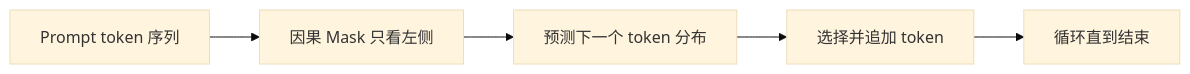
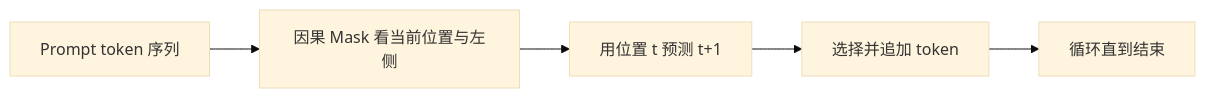
One commit to luyunix/nlp_study changed the first of 3 diagrams in notes/foundation-models/06-gpt-introduction.md. Above: the diagram before and after it, drawn with Mermaid (base theme). The commit also changed other lines of this file and 66 other files, not shown here.

````diff
--- a/notes/foundation-models/06-gpt-introduction.md
+++ b/notes/foundation-models/06-gpt-introduction.md
@@ -17,12 +17,12 @@
 ```mermaid
 flowchart LR
     N0["Prompt token 序列"]
-    N1["因果 Mask 只看左侧"]
-    N2["预测下一个 token 分布"]
+    N1["因果 Mask 看当前位置与左侧"]
+    N2["用位置 t 预测 t+1"]
     N3["选择并追加 token"]
     N4["循环直到结束"]
     N0 --> N1
     N1 --> N2
     N2 --> N3
     N3 --> N4
 ```
````
